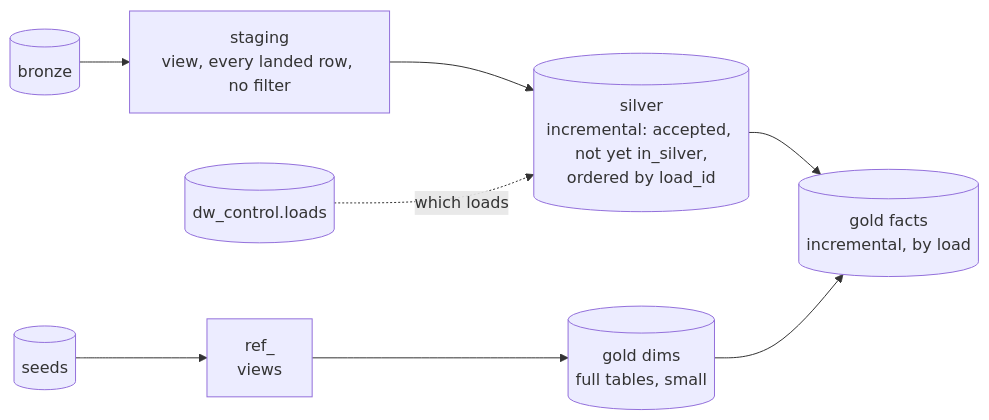
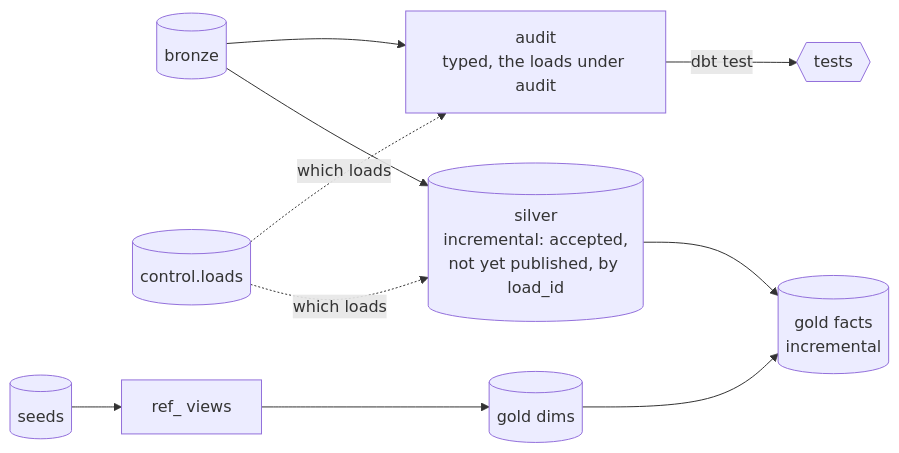
One commit to le1douglas/DataWarehouse changed the fifth of 8 diagrams in docs/ARCHITECTURE_PROPOSAL.md. Above: the diagram before and after it, drawn with Mermaid. The commit also changed other lines of this file, not shown here.

Commit message:
start of architectural plan

````diff
--- a/docs/ARCHITECTURE_PROPOSAL.md
+++ b/docs/ARCHITECTURE_PROPOSAL.md
@@ -114,9 +173,11 @@
 ```mermaid
 flowchart LR
-    bronze[("bronze")] --> stg["staging<br/>view, every landed row, no filter"]
-    stg --> slv[("silver<br/>incremental: accepted, not yet in_silver,<br/>ordered by load_id")]
-    seeds[("seeds")] --> ref["ref_<br/>views"] --> dims[("gold dims<br/>full tables, small")]
-    slv --> facts[("gold facts<br/>incremental, by load")]
+    bronze[("bronze")] --> aud["audit<br/>typed, the loads under audit"]
+    aud -->|dbt test| tests{{"tests"}}
+    bronze --> slv[("silver<br/>incremental: accepted,<br/>not yet published, by load_id")]
+    ctl[("control.loads")] -.->|which loads| aud
+    ctl -.->|which loads| slv
+    seeds[("seeds")] --> ref["ref_ views"] --> dims[("gold dims")]
+    slv --> facts[("gold facts<br/>incremental")]
     dims --> facts
-    ctl[("dw_control.loads")] -.->|which loads| slv
 ```
````
